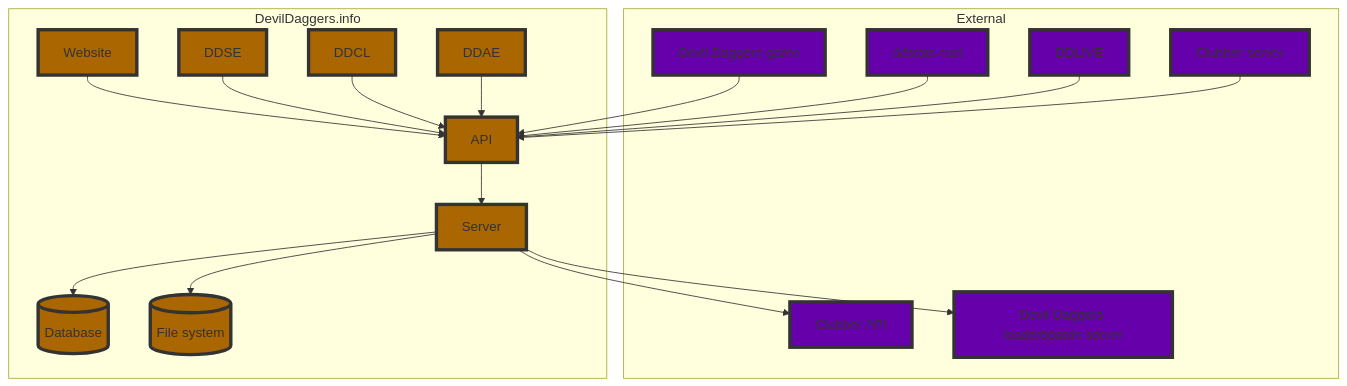
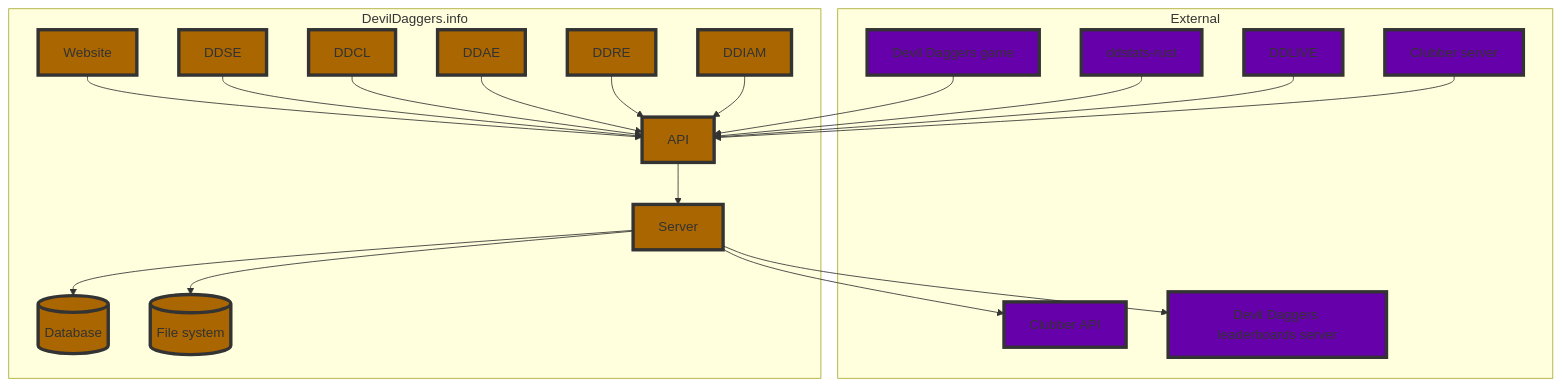
The second of 2 diagrams in docs/architecture.md (NoahStolk/ddinfo-web), drawn with Mermaid before and after one commit.

Commit message:
Add new tools to data diagram

````diff
--- a/docs/architecture.md
+++ b/docs/architecture.md
@@ -208,52 +208,56 @@
 ```mermaid
 flowchart TD;
 	database[(Database)]
 	filesystem[(File system)]
 	server[Server]
 	api[API]
 	devildaggersinfo[Website]
 	devildaggers[Devil Daggers game]
 	ddse[DDSE]
 	ddcl[DDCL]
 	ddae[DDAE]
+	ddre[DDRE]
+	ddiam[DDIAM]
 	ddstatsrust[ddstats-rust]
 	ddlive[DDLIVE]
 	clubberserver[Clubber server]
 	clubberapi[Clubber API]
 	devildaggersleaderboards[Devil Daggers leaderboards server]
 
-	class database,filesystem,server,api,devildaggersinfo,ddse,ddcl,ddae ddinfo;
+	class database,filesystem,server,api,devildaggersinfo,ddse,ddcl,ddae,ddre,ddiam ddinfo;
 	class devildaggers,ddstatsrust,ddlive,clubberserver,clubberapi,devildaggersleaderboards external;
 
 	classDef ddinfo fill:#a60,stroke:#333,stroke-width:4px;
 	classDef external fill:#60a,stroke:#333,stroke-width:4px;
 
 	subgraph External
 		devildaggers
 		ddstatsrust
 		ddlive
 		clubberserver
 		clubberapi
 		devildaggersleaderboards
 	end
 
 	devildaggers --> api
 	ddstatsrust --> api
 	ddlive --> api
 	clubberserver --> api
 
 	server --> devildaggersleaderboards
 	server --> clubberapi
 
 	subgraph DevilDaggers.info
 		server --> database
 		server --> filesystem
 
 		api --> server
 
 		devildaggersinfo --> api
 		ddse --> api
 		ddcl --> api
 		ddae --> api
+		ddre --> api
+		ddiam --> api
 	end
 ```
````
